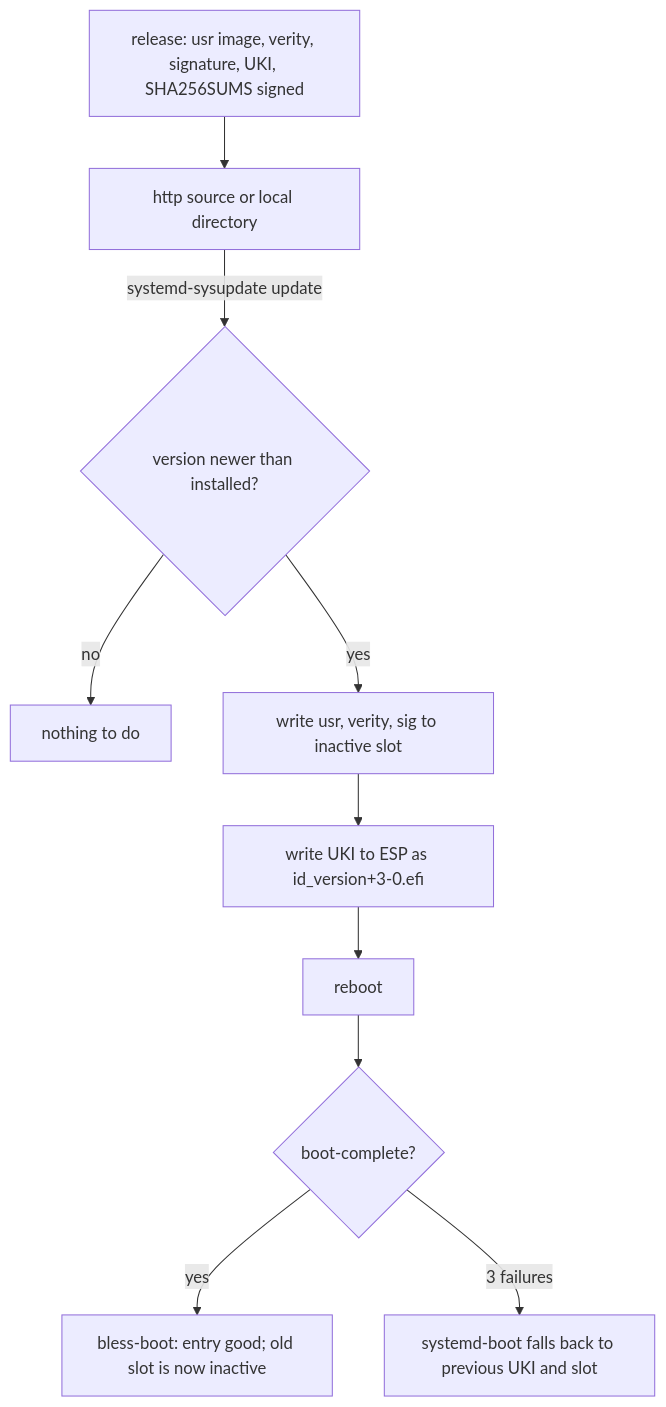
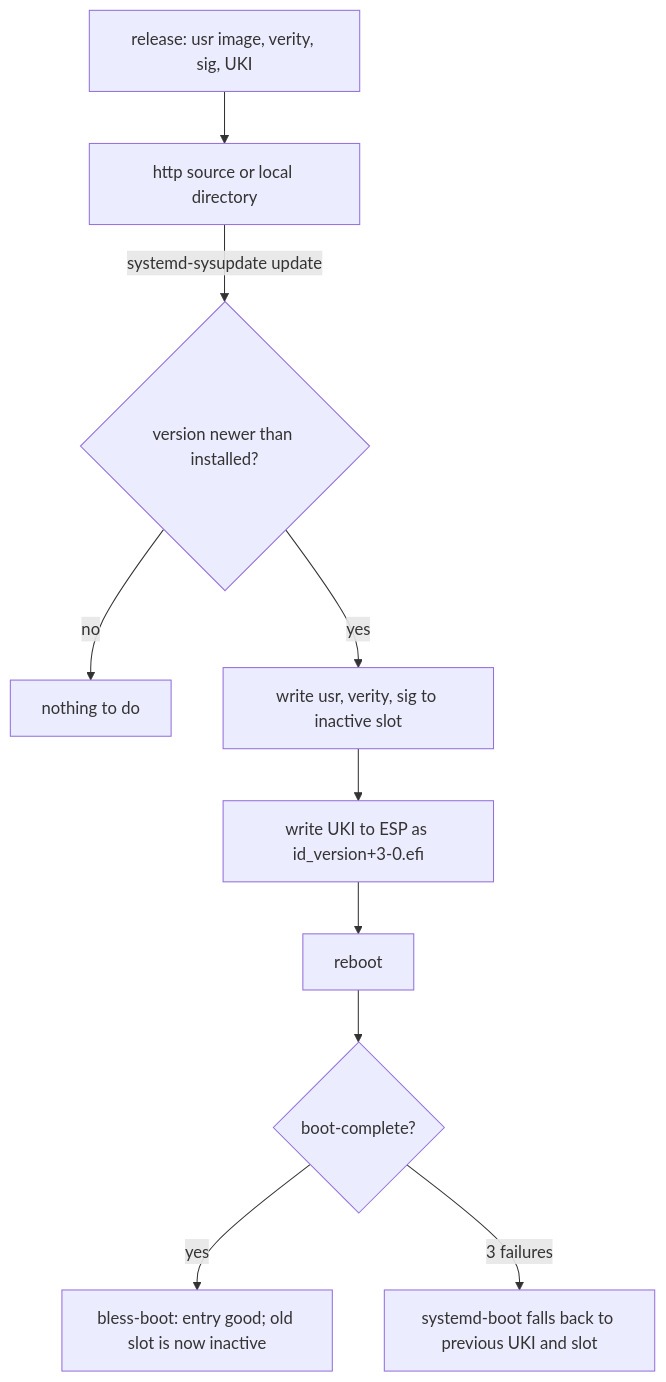
Before and after one commit to slophaer/golconda: the diagram in docs/design/updates.md, drawn with Mermaid. The commit also changed other lines of this file and 4 other files, not shown here.

First line of the commit message:
docs: design pages mark planned features, diagrams match text

````diff
--- a/docs/design/updates.md
+++ b/docs/design/updates.md
@@ -6,12 +9,12 @@
 ```mermaid
 flowchart TD
-  rel[release: usr image, verity, signature, UKI, SHA256SUMS signed] --> src[http source or local directory]
+  rel[release: usr image, verity, sig, UKI] --> src[http source or local directory]
   src -->|systemd-sysupdate update| chk{version newer than installed?}
   chk -->|no| done[nothing to do]
   chk -->|yes| w1[write usr, verity, sig to inactive slot]
   w1 --> w2[write UKI to ESP as id_version+3-0.efi]
   w2 --> reboot
   reboot --> good{boot-complete?}
   good -->|yes| bless[bless-boot: entry good; old slot is now inactive]
   good -->|3 failures| fallback[systemd-boot falls back to previous UKI and slot]
 ```
````
